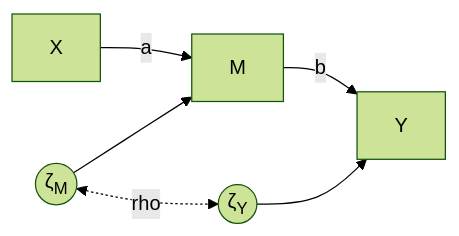
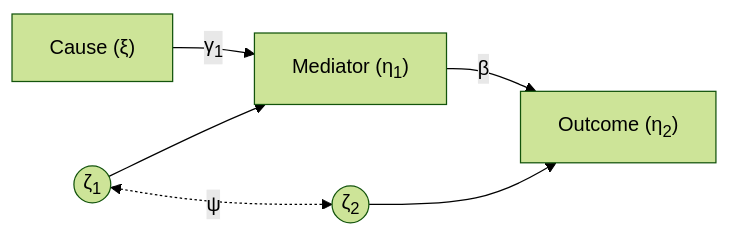
Before and after one commit to daob/stads-book: the diagram in diagrams/mediation.mmd, drawn with Mermaid (forest theme). The commit also changed 3 other files, not shown here.

```diff
--- a/diagrams/mediation.mmd
+++ b/diagrams/mediation.mmd
@@ -1,6 +1,6 @@
 flowchart LR
-  X[X] -->|a| M[M]
-  M -->|b| Y[Y]
-  zM((ζ<sub>M</sub>)) --> M
-  zY((ζ<sub>Y</sub>)) --> Y
-  zM <-.->|rho| zY
+  X["Cause (ξ)"] -->|γ<sub>1</sub>| M["Mediator (η<sub>1</sub>)"]
+  M -->|β| Y["Outcome (η<sub>2</sub>)"]
+  zM((ζ<sub>1</sub>)) --> M
+  zY((ζ<sub>2</sub>)) --> Y
+  zM <-.->|ψ| zY
```
